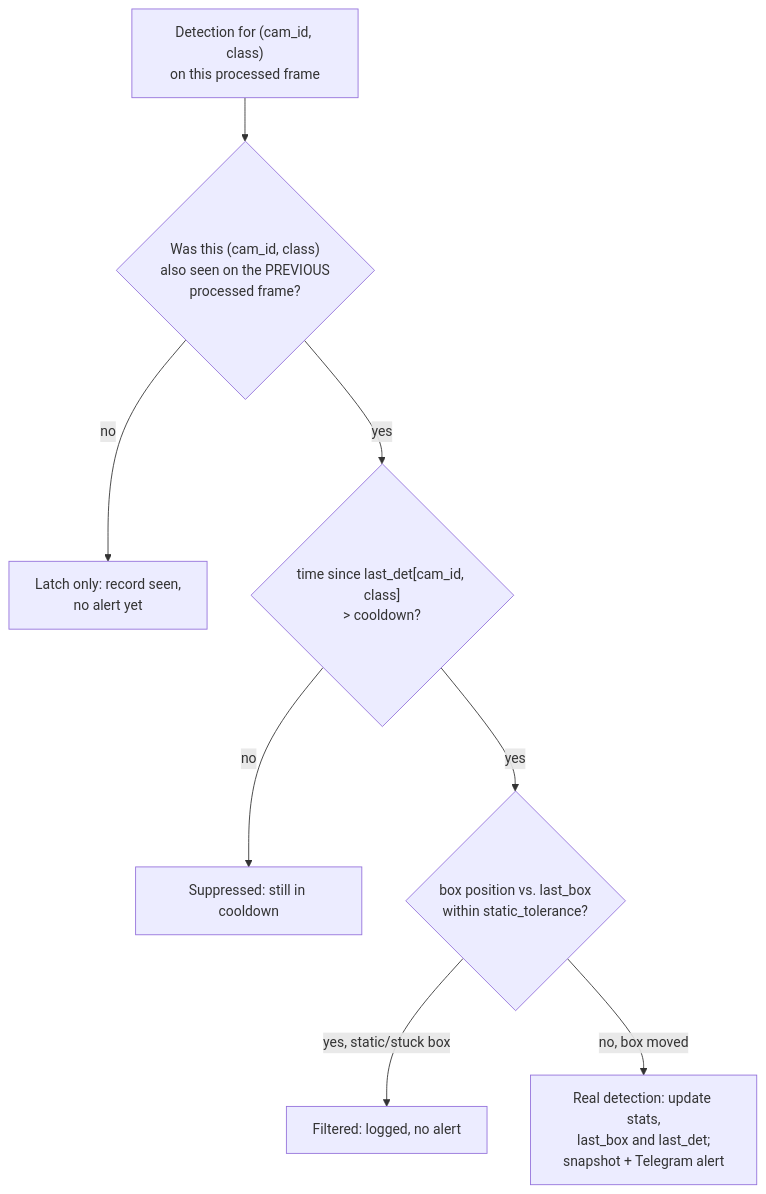
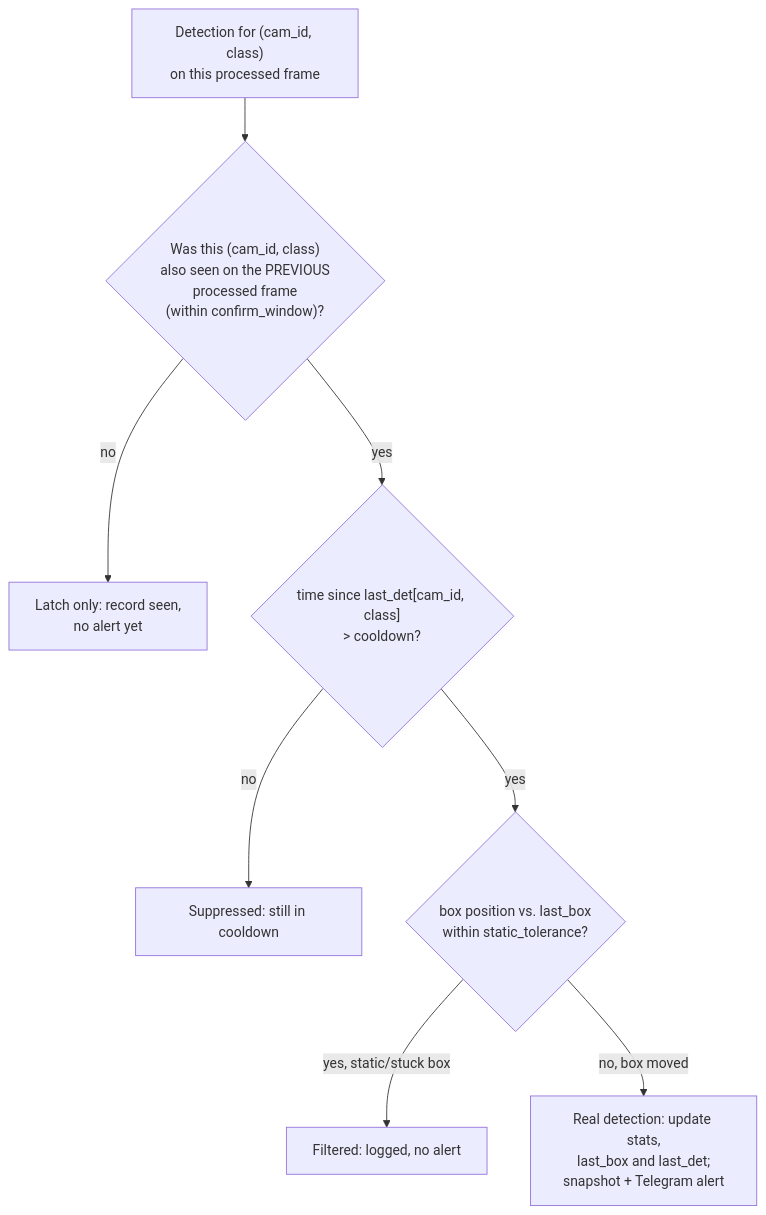
One commit to maximkonovalov/animalscatcher changed the second of 2 diagrams in README.md. Above: the diagram before and after it, drawn with Mermaid. The commit also changed other lines of this file and 14 other files, not shown here.

````diff
--- a/README.md
+++ b/README.md
@@ -289,10 +361,10 @@
 ```mermaid
 flowchart TD
-    A["Detection for (cam_id, class)<br/>on this processed frame"] --> B{"Was this (cam_id, class)<br/>also seen on the PREVIOUS<br/>processed frame?"}
+    A["Detection for (cam_id, class)<br/>on this processed frame"] --> B{"Was this (cam_id, class)<br/>also seen on the PREVIOUS<br/>processed frame<br/>(within confirm_window)?"}
     B -->|no| L["Latch only: record seen,<br/>no alert yet"]
     B -->|yes| C{"time since last_det[cam_id, class]<br/>> cooldown?"}
     C -->|no| D["Suppressed: still in cooldown"]
     C -->|yes| E{"box position vs. last_box<br/>within static_tolerance?"}
     E -->|yes, static/stuck box| F["Filtered: logged, no alert"]
     E -->|no, box moved| G["Real detection: update stats,<br/>last_box and last_det;<br/>snapshot + Telegram alert"]
 ```
````
